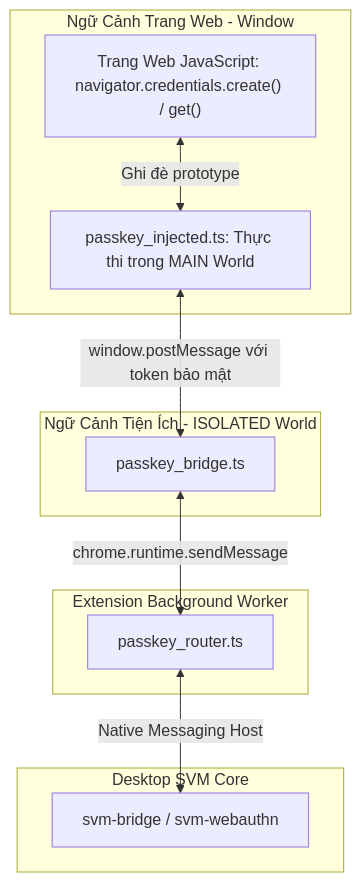
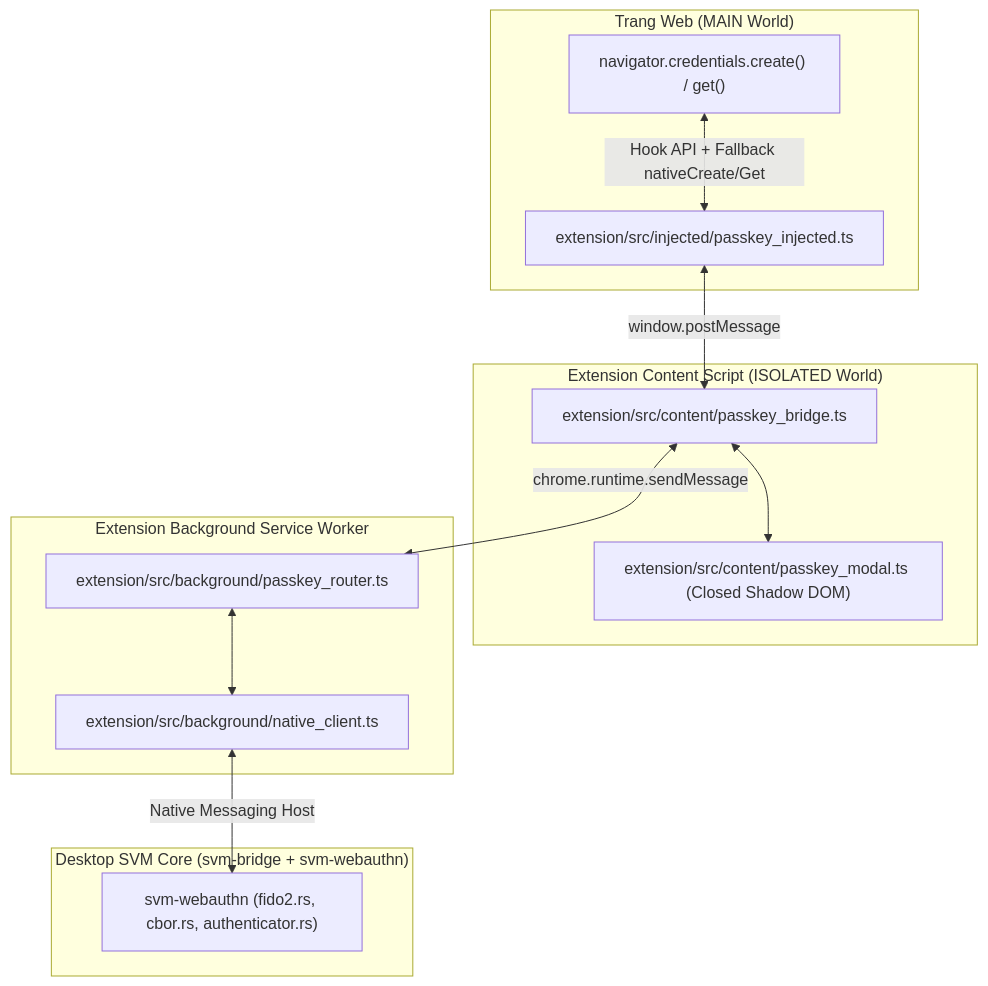
Before and after one commit to hephaestus-developers/secure-vault-manager: the diagram in docs/07. Passkey Implementation.md, drawn with Mermaid. The commit also changed other lines of this file and 11 other files, not shown here.

````diff
--- a/docs/07. Passkey Implementation.md
+++ b/docs/07. Passkey Implementation.md
@@ -21,23 +17,27 @@
 ```mermaid
 graph TD
-    subgraph WebPage_Context [Ngữ Cảnh Trang Web - Window]
-        PageJS["Trang Web JavaScript: navigator.credentials.create() / get()"]
-        InjectedScript[passkey_injected.ts: Thực thi trong MAIN World]
-        PageJS <-->|Ghi đè prototype| InjectedScript
+    subgraph WebPage_Context ["Trang Web (MAIN World)"]
+        PageJS["navigator.credentials.create() / get()"]
+        InjectedScript["extension/src/injected/passkey_injected.ts"]
+        PageJS <-->|"Hook API + Fallback nativeCreate/Get"| InjectedScript
     end
 
-    subgraph ContentScript_Context [Ngữ Cảnh Tiện Ích - ISOLATED World]
-        ContentBridge[passkey_bridge.ts]
-        InjectedScript <-->|window.postMessage với token bảo mật| ContentBridge
+    subgraph ContentScript_Context ["Extension Content Script (ISOLATED World)"]
+        ContentBridge["extension/src/content/passkey_bridge.ts"]
+        ModalUI["extension/src/content/passkey_modal.ts (Closed Shadow DOM)"]
+        InjectedScript <-->|"window.postMessage"| ContentBridge
+        ContentBridge <--> ModalUI
     end
 
-    subgraph Extension_ServiceWorker [Extension Background Worker]
-        Router[passkey_router.ts]
-        ContentBridge <-->|chrome.runtime.sendMessage| Router
+    subgraph Extension_ServiceWorker ["Extension Background Service Worker"]
+        Router["extension/src/background/passkey_router.ts"]
+        NativeClient["extension/src/background/native_client.ts"]
+        ContentBridge <-->|"chrome.runtime.sendMessage"| Router
+        Router <--> NativeClient
     end
 
-    subgraph Desktop_App [Desktop SVM Core]
-        Bridge[svm-bridge / svm-webauthn]
-        Router <-->|Native Messaging Host| Bridge
+    subgraph Desktop_App ["Desktop SVM Core (svm-bridge + svm-webauthn)"]
+        WebAuthn["svm-webauthn (fido2.rs, cbor.rs, authenticator.rs)"]
+        NativeClient <-->|"Native Messaging Host"| WebAuthn
     end
 ```
````
